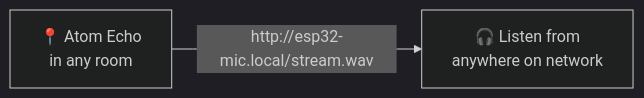
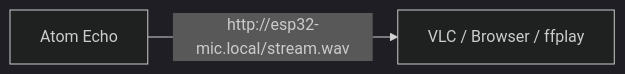
One commit to pashutk/esp32-mic-stream changed the diagram in README.md. Above: the diagram before and after it, drawn with Mermaid (dark theme). The commit also changed other lines of this file, not shown here.

Commit message:
Clean up README wording

````diff
--- a/README.md
+++ b/README.md
@@ -9,4 +9,4 @@
 ```mermaid
 flowchart LR
-    A[📍 Atom Echo<br/>in any room] -- http://esp32-mic.local/stream.wav --> B[🎧 Listen from<br/>anywhere on network]
+    A[Atom Echo] -- http://esp32-mic.local/stream.wav --> B[VLC / Browser / ffplay]
 ```
````
